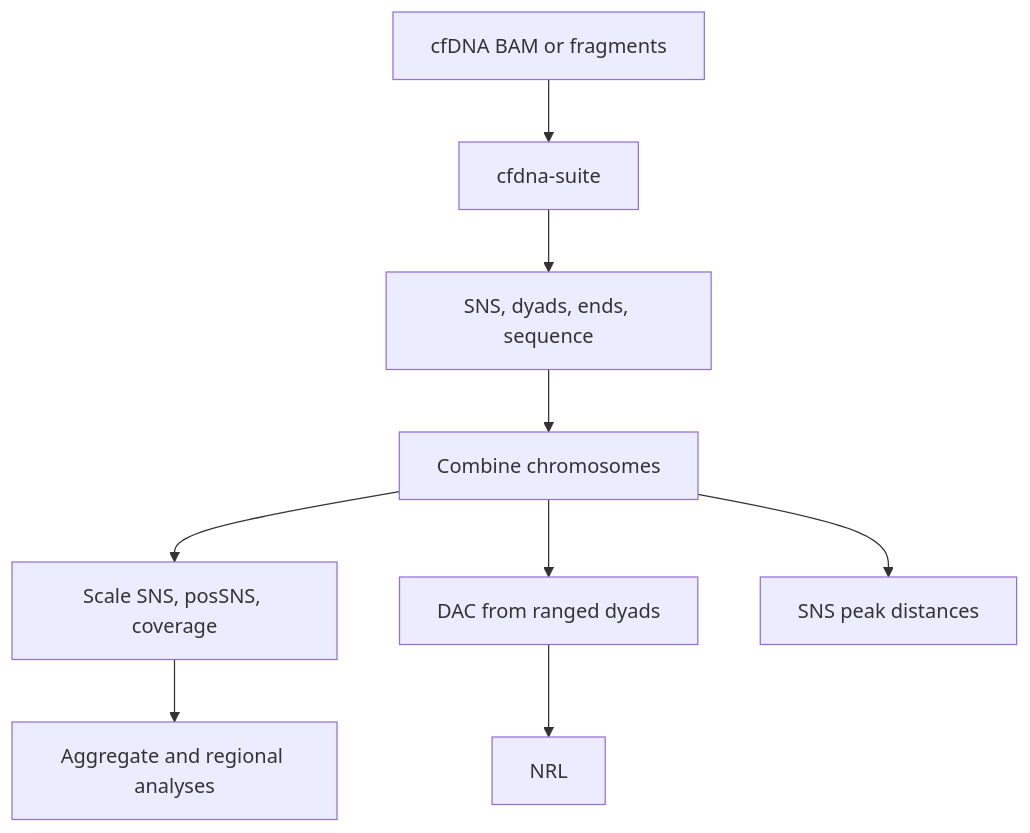
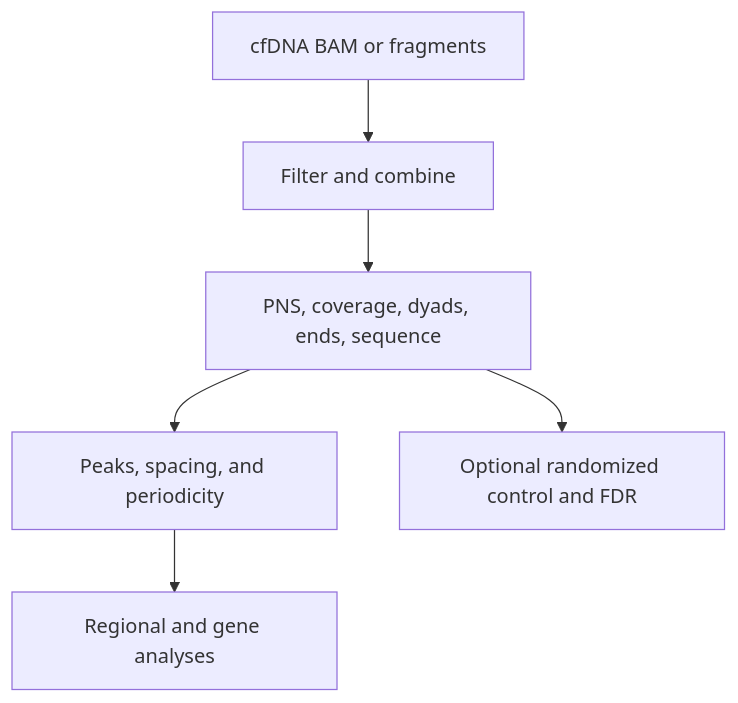
One commit to adjohnston85/NucleoSuite changed the diagram in docs/commands/cfdna-suite.md. Above: the diagram before and after it, drawn with Mermaid. The commit also changed other lines of this file and 71 other files, not shown here.

````diff
--- a/docs/commands/cfdna-suite.md
+++ b/docs/commands/cfdna-suite.md
@@ -25,11 +38,8 @@
 ```mermaid
 flowchart TB
-    A[cfDNA BAM or fragments] --> B[cfdna-suite]
-    B --> C[SNS, dyads, ends, sequence]
-    C --> D[Combine chromosomes]
-    D --> E[Scale SNS, posSNS, coverage]
-    D --> F[DAC from ranged dyads]
-    F --> G[NRL]
-    E --> H[Aggregate and regional analyses]
-    D --> I[SNS peak distances]
+    A[cfDNA BAM or fragments] --> B[Filter and combine]
+    B --> C[PNS, coverage, dyads, ends, sequence]
+    C --> D[Peaks, spacing, and periodicity]
+    D --> E[Regional and gene analyses]
+    C --> F[Optional randomized control and FDR]
 ```
````
